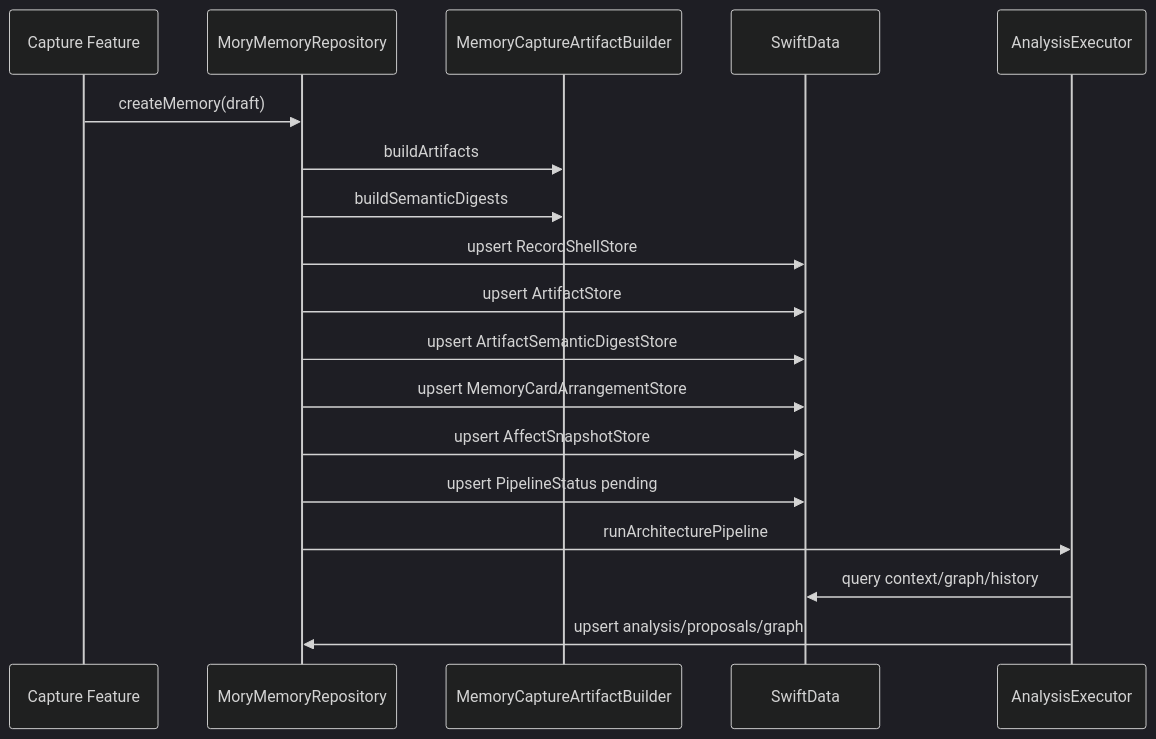
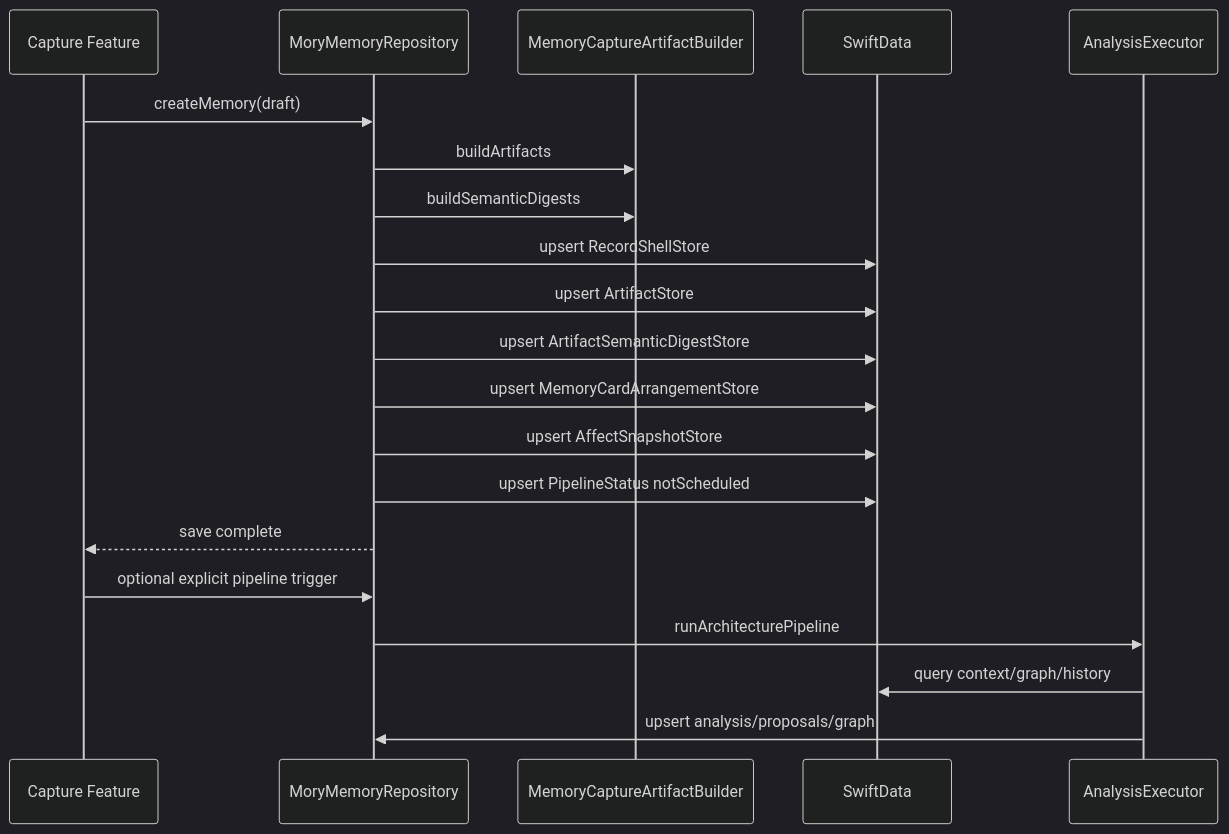
Before and after one commit to daaihang/sprout: the second of 3 diagrams in docs/mory_architecture_handbook_2026_05/04_persistence_repository_and_data_model_audit.md, drawn with Mermaid (dark theme). The commit also changed other lines of this file and 8 other files, not shown here.

````diff
--- a/docs/mory_architecture_handbook_2026_05/04_persistence_repository_and_data_model_audit.md
+++ b/docs/mory_architecture_handbook_2026_05/04_persistence_repository_and_data_model_audit.md
@@ -97,21 +97,23 @@
 ```mermaid
 sequenceDiagram
     participant Feature as Capture Feature
     participant Repo as MoryMemoryRepository
     participant Builder as MemoryCaptureArtifactBuilder
     participant Store as SwiftData
     participant Pipe as AnalysisExecutor
 
     Feature->>Repo: createMemory(draft)
     Repo->>Builder: buildArtifacts
     Repo->>Builder: buildSemanticDigests
     Repo->>Store: upsert RecordShellStore
     Repo->>Store: upsert ArtifactStore
     Repo->>Store: upsert ArtifactSemanticDigestStore
     Repo->>Store: upsert MemoryCardArrangementStore
     Repo->>Store: upsert AffectSnapshotStore
-    Repo->>Store: upsert PipelineStatus pending
+    Repo->>Store: upsert PipelineStatus notScheduled
+    Repo-->>Feature: save complete
+    Feature->>Repo: optional explicit pipeline trigger
     Repo->>Pipe: runArchitecturePipeline
     Pipe->>Store: query context/graph/history
     Pipe->>Repo: upsert analysis/proposals/graph
 ```
````
